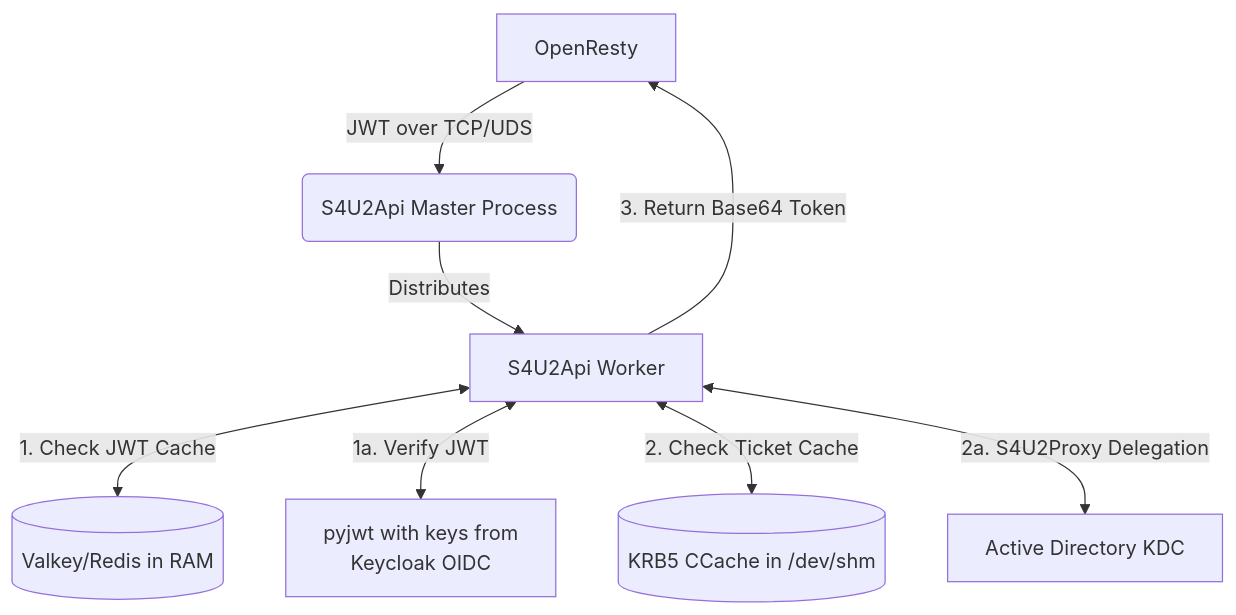
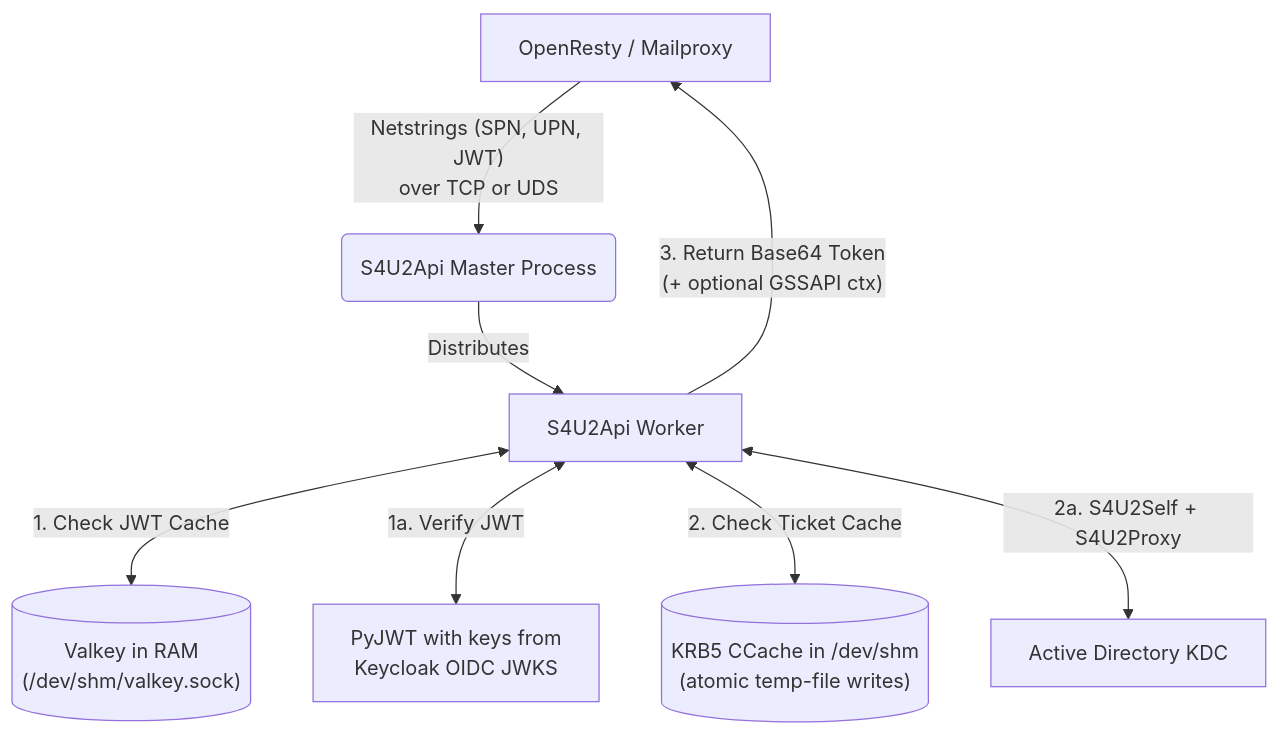
One commit to BotoX/msxproxy changed the first of 3 diagrams in s4u2api/README.md. Above: the diagram before and after it, drawn with Mermaid. The commit also changed other lines of this file and 72 other files, not shown here.

````diff
--- a/s4u2api/README.md
+++ b/s4u2api/README.md
@@ -7,10 +9,10 @@
 ```mermaid
 graph TD
-    A[OpenResty] -->|JWT over TCP/UDS| B(S4U2Api Master Process)
-    B -->|Distributes| C[S4U2Api Worker]
-    C <-->|1. Check JWT Cache| E[(Valkey/Redis in RAM)]
-    C <-->|1a. Verify JWT| D[pyjwt with keys from<br>Keycloak OIDC]
-    C <-->|2. Check Ticket Cache| G[(KRB5 CCache in /dev/shm)]
-    C <-->|2a. S4U2Proxy Delegation| F[Active Directory KDC]
-    C -->|3. Return Base64 Token| A
+    A["OpenResty / Mailproxy"] -->|"Netstrings (SPN, UPN, JWT)<br/>over TCP or UDS"| B("S4U2Api Master Process")
+    B -->|Distributes| C["S4U2Api Worker"]
+    C <-->|"1. Check JWT Cache"| E[("Valkey in RAM<br/>(/dev/shm/valkey.sock)")]
+    C <-->|"1a. Verify JWT"| D["PyJWT with keys from<br/>Keycloak OIDC JWKS"]
+    C <-->|"2. Check Ticket Cache"| G[("KRB5 CCache in /dev/shm<br/>(atomic temp-file writes)")]
+    C <-->|"2a. S4U2Self + S4U2Proxy"| F["Active Directory KDC"]
+    C -->|"3. Return Base64 Token<br/>(+ optional GSSAPI ctx)"| A
 ```
````
